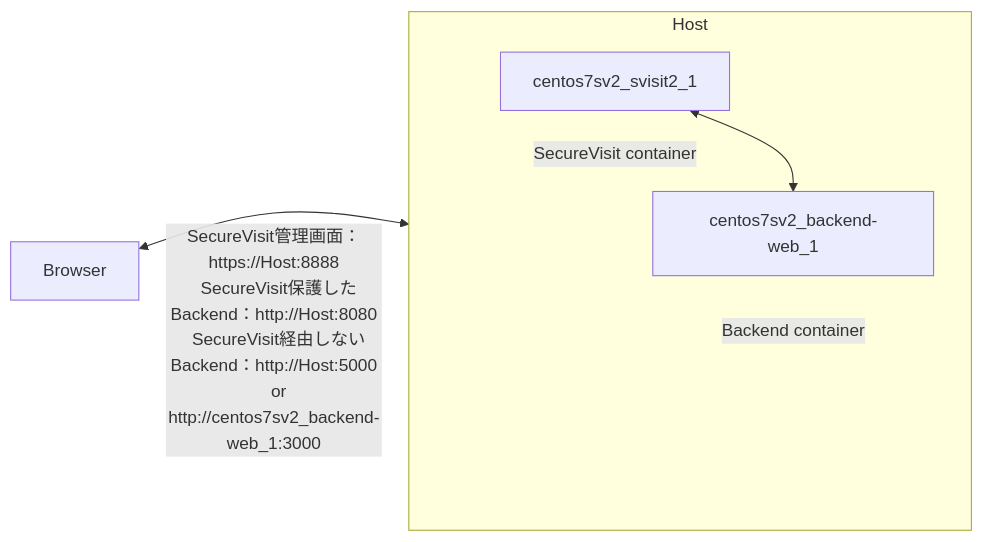
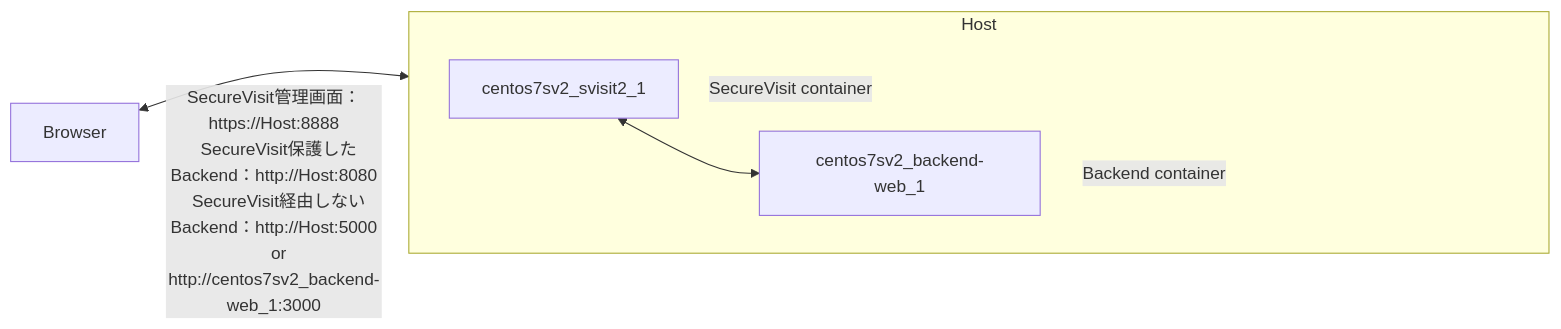
Before and after one commit to feitianjapanlee/centos7sv2: the diagram in README.md, drawn with Mermaid.

````diff
--- a/README.md
+++ b/README.md
@@ -8,16 +8,17 @@
 ```mermaid
 graph LR
   B[Browser]
   subgraph Host
+    direction LR
     SV[centos7sv2_svisit2_1] <--> BE[centos7sv2_backend-web_1] 
   end
   B <--> Host
   B ~~~|"
   SecureVisit管理画面：https://Host:8888
   SecureVisit保護したBackend：http://Host:8080
   SecureVisit経由しないBackend：http://Host:5000
    or http://centos7sv2_backend-web_1:3000
   "|Host
   SV ~~~|"SecureVisit container"|SV
   BE ~~~|"Backend container"|BE
 ```
````
